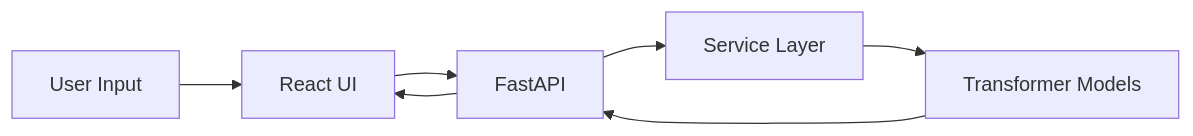
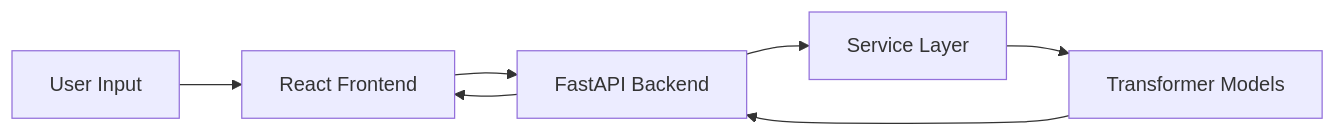
Before and after one commit to vidhiomar/insight-ai: the first of 2 diagrams in README.md, drawn with Mermaid. The commit also changed other lines of this file, not shown here.

````diff
--- a/README.md
+++ b/README.md
@@ -40,9 +51,9 @@
 ```mermaid
 flowchart LR
-    A[User Input] --> B[React UI]
-    B --> C[FastAPI]
+    A[User Input] --> B[React Frontend]
+    B --> C[FastAPI Backend]
     C --> D[Service Layer]
     D --> E[Transformer Models]
     E --> C
     C --> B
 ```
````
